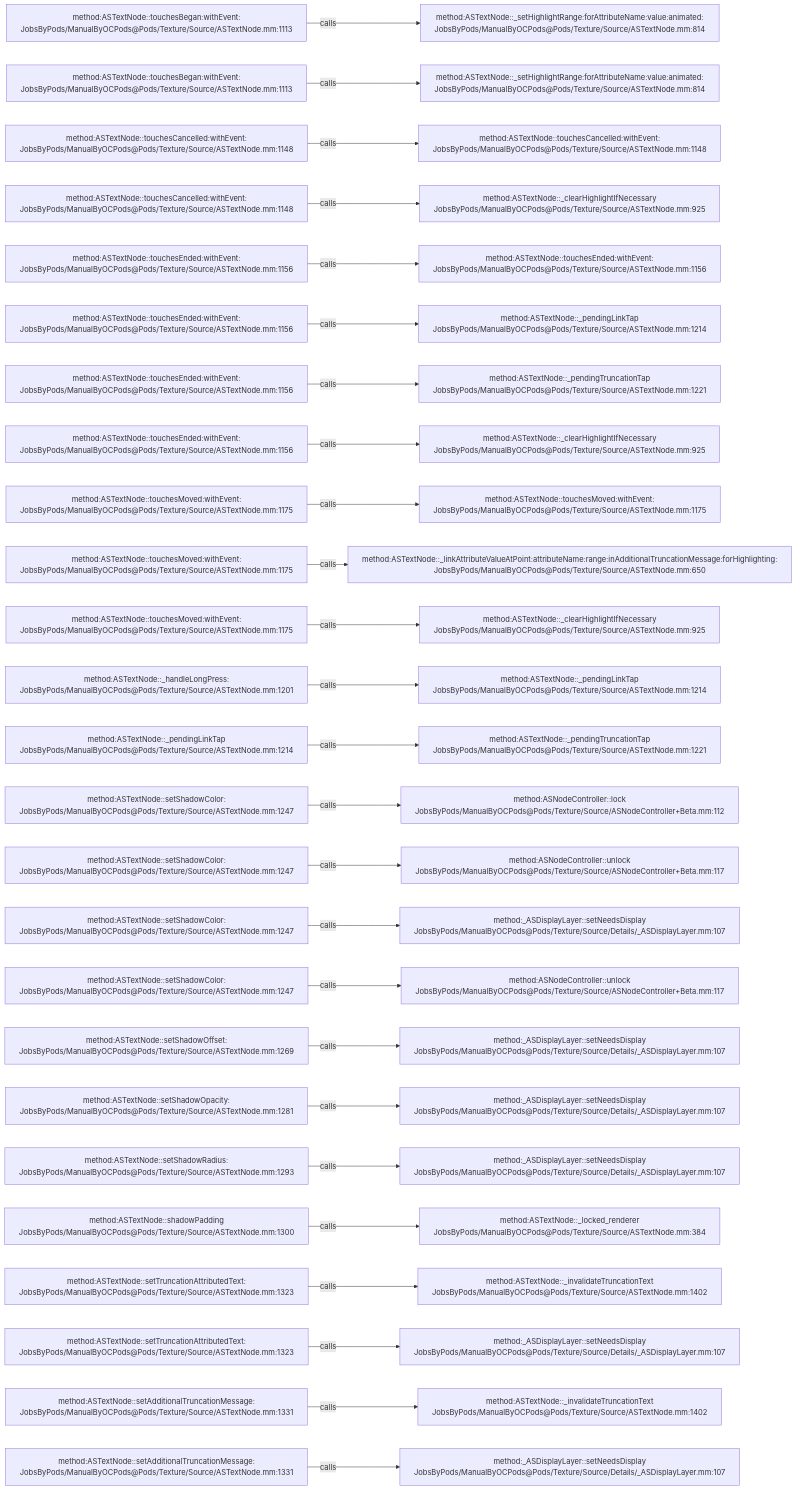
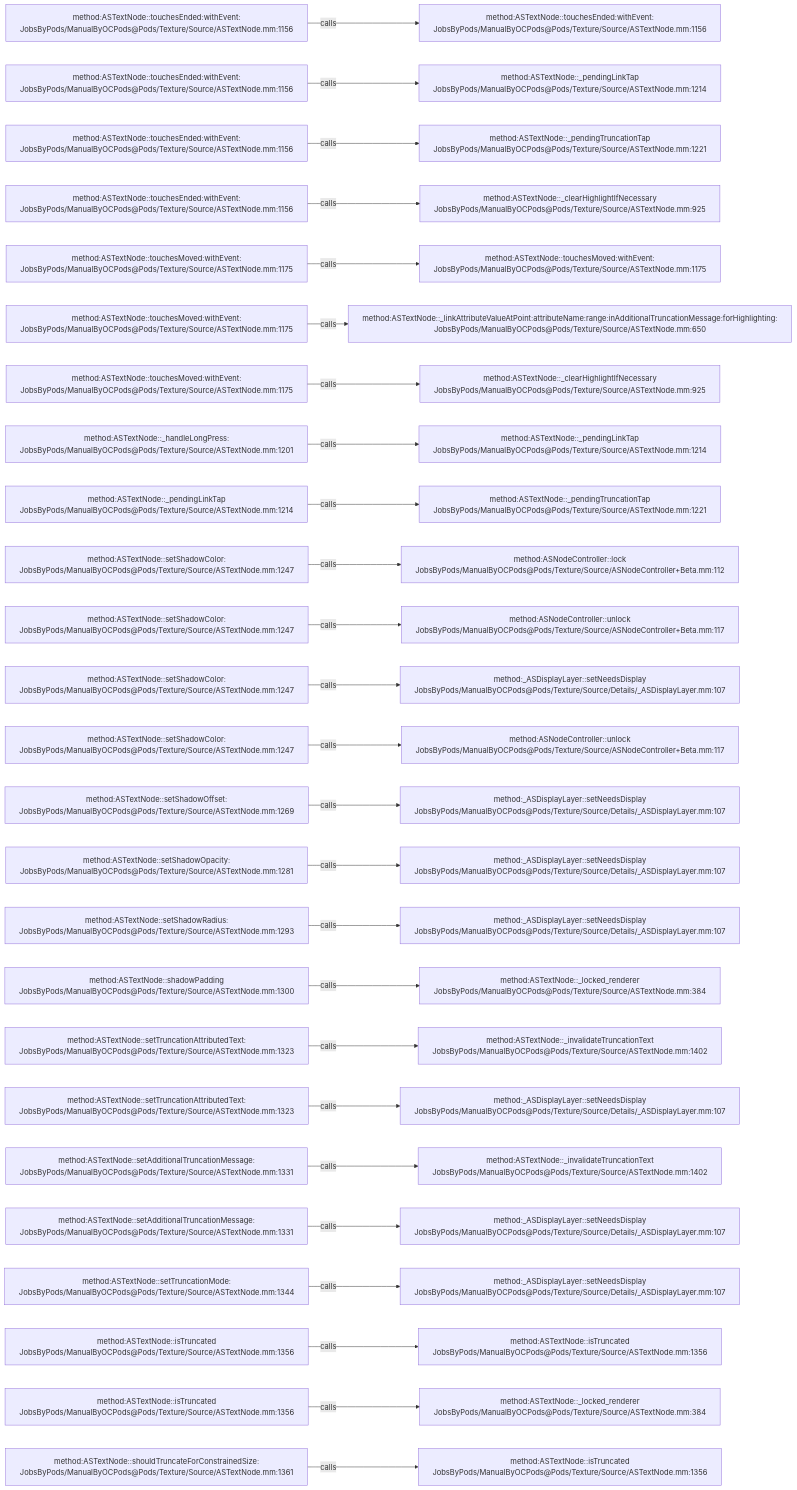
The diagram in .codegraph/codegraph.md/graphs/calls-135.md (JobsKits/JobsOCBaseConfigDemo), drawn with Mermaid before and after one commit. The commit also changed 727 other files, not shown here.

````diff
--- a/.codegraph/codegraph.md/graphs/calls-135.md
+++ b/.codegraph/codegraph.md/graphs/calls-135.md
@@ -13,78 +13,78 @@
 ```mermaid
 flowchart LR
-  S1["method:ASTextNode::touchesBegan:withEvent:<br/>JobsByPods/ManualByOCPods@Pods/Texture/Source/ASTextNode.mm:1113"]
-  T1["method:ASTextNode::_setHighlightRange:forAttributeName:value:animated:<br/>JobsByPods/ManualByOCPods@Pods/Texture/Source/ASTextNode.mm:814"]
+  S1["method:ASTextNode::touchesEnded:withEvent:<br/>JobsByPods/ManualByOCPods@Pods/Texture/Source/ASTextNode.mm:1156"]
+  T1["method:ASTextNode::touchesEnded:withEvent:<br/>JobsByPods/ManualByOCPods@Pods/Texture/Source/ASTextNode.mm:1156"]
   S1 -->|calls| T1
-  S2["method:ASTextNode::touchesBegan:withEvent:<br/>JobsByPods/ManualByOCPods@Pods/Texture/Source/ASTextNode.mm:1113"]
-  T2["method:ASTextNode::_setHighlightRange:forAttributeName:value:animated:<br/>JobsByPods/ManualByOCPods@Pods/Texture/Source/ASTextNode.mm:814"]
+  S2["method:ASTextNode::touchesEnded:withEvent:<br/>JobsByPods/ManualByOCPods@Pods/Texture/Source/ASTextNode.mm:1156"]
+  T2["method:ASTextNode::_pendingLinkTap<br/>JobsByPods/ManualByOCPods@Pods/Texture/Source/ASTextNode.mm:1214"]
   S2 -->|calls| T2
-  S3["method:ASTextNode::touchesCancelled:withEvent:<br/>JobsByPods/ManualByOCPods@Pods/Texture/Source/ASTextNode.mm:1148"]
-  T3["method:ASTextNode::touchesCancelled:withEvent:<br/>JobsByPods/ManualByOCPods@Pods/Texture/Source/ASTextNode.mm:1148"]
+  S3["method:ASTextNode::touchesEnded:withEvent:<br/>JobsByPods/ManualByOCPods@Pods/Texture/Source/ASTextNode.mm:1156"]
+  T3["method:ASTextNode::_pendingTruncationTap<br/>JobsByPods/ManualByOCPods@Pods/Texture/Source/ASTextNode.mm:1221"]
   S3 -->|calls| T3
-  S4["method:ASTextNode::touchesCancelled:withEvent:<br/>JobsByPods/ManualByOCPods@Pods/Texture/Source/ASTextNode.mm:1148"]
+  S4["method:ASTextNode::touchesEnded:withEvent:<br/>JobsByPods/ManualByOCPods@Pods/Texture/Source/ASTextNode.mm:1156"]
   T4["method:ASTextNode::_clearHighlightIfNecessary<br/>JobsByPods/ManualByOCPods@Pods/Texture/Source/ASTextNode.mm:925"]
   S4 -->|calls| T4
-  S5["method:ASTextNode::touchesEnded:withEvent:<br/>JobsByPods/ManualByOCPods@Pods/Texture/Source/ASTextNode.mm:1156"]
-  T5["method:ASTextNode::touchesEnded:withEvent:<br/>JobsByPods/ManualByOCPods@Pods/Texture/Source/ASTextNode.mm:1156"]
+  S5["method:ASTextNode::touchesMoved:withEvent:<br/>JobsByPods/ManualByOCPods@Pods/Texture/Source/ASTextNode.mm:1175"]
+  T5["method:ASTextNode::touchesMoved:withEvent:<br/>JobsByPods/ManualByOCPods@Pods/Texture/Source/ASTextNode.mm:1175"]
   S5 -->|calls| T5
-  S6["method:ASTextNode::touchesEnded:withEvent:<br/>JobsByPods/ManualByOCPods@Pods/Texture/Source/ASTextNode.mm:1156"]
-  T6["method:ASTextNode::_pendingLinkTap<br/>JobsByPods/ManualByOCPods@Pods/Texture/Source/ASTextNode.mm:1214"]
+  S6["method:ASTextNode::touchesMoved:withEvent:<br/>JobsByPods/ManualByOCPods@Pods/Texture/Source/ASTextNode.mm:1175"]
+  T6["method:ASTextNode::_linkAttributeValueAtPoint:attributeName:range:inAdditionalTruncationMessage:forHighlighting:<br/>JobsByPods/ManualByOCPods@Pods/Texture/Source/ASTextNode.mm:650"]
   S6 -->|calls| T6
-  S7["method:ASTextNode::touchesEnded:withEvent:<br/>JobsByPods/ManualByOCPods@Pods/Texture/Source/ASTextNode.mm:1156"]
-  T7["method:ASTextNode::_pendingTruncationTap<br/>JobsByPods/ManualByOCPods@Pods/Texture/Source/ASTextNode.mm:1221"]
+  S7["method:ASTextNode::touchesMoved:withEvent:<br/>JobsByPods/ManualByOCPods@Pods/Texture/Source/ASTextNode.mm:1175"]
+  T7["method:ASTextNode::_clearHighlightIfNecessary<br/>JobsByPods/ManualByOCPods@Pods/Texture/Source/ASTextNode.mm:925"]
   S7 -->|calls| T7
-  S8["method:ASTextNode::touchesEnded:withEvent:<br/>JobsByPods/ManualByOCPods@Pods/Texture/Source/ASTextNode.mm:1156"]
-  T8["method:ASTextNode::_clearHighlightIfNecessary<br/>JobsByPods/ManualByOCPods@Pods/Texture/Source/ASTextNode.mm:925"]
+  S8["method:ASTextNode::_handleLongPress:<br/>JobsByPods/ManualByOCPods@Pods/Texture/Source/ASTextNode.mm:1201"]
+  T8["method:ASTextNode::_pendingLinkTap<br/>JobsByPods/ManualByOCPods@Pods/Texture/Source/ASTextNode.mm:1214"]
   S8 -->|calls| T8
-  S9["method:ASTextNode::touchesMoved:withEvent:<br/>JobsByPods/ManualByOCPods@Pods/Texture/Source/ASTextNode.mm:1175"]
-  T9["method:ASTextNode::touchesMoved:withEvent:<br/>JobsByPods/ManualByOCPods@Pods/Texture/Source/ASTextNode.mm:1175"]
+  S9["method:ASTextNode::_pendingLinkTap<br/>JobsByPods/ManualByOCPods@Pods/Texture/Source/ASTextNode.mm:1214"]
+  T9["method:ASTextNode::_pendingTruncationTap<br/>JobsByPods/ManualByOCPods@Pods/Texture/Source/ASTextNode.mm:1221"]
   S9 -->|calls| T9
-  S10["method:ASTextNode::touchesMoved:withEvent:<br/>JobsByPods/ManualByOCPods@Pods/Texture/Source/ASTextNode.mm:1175"]
-  T10["method:ASTextNode::_linkAttributeValueAtPoint:attributeName:range:inAdditionalTruncationMessage:forHighlighting:<br/>JobsByPods/ManualByOCPods@Pods/Texture/Source/ASTextNode.mm:650"]
+  S10["method:ASTextNode::setShadowColor:<br/>JobsByPods/ManualByOCPods@Pods/Texture/Source/ASTextNode.mm:1247"]
+  T10["method:ASNodeController::lock<br/>JobsByPods/ManualByOCPods@Pods/Texture/Source/ASNodeController+Beta.mm:112"]
   S10 -->|calls| T10
-  S11["method:ASTextNode::touchesMoved:withEvent:<br/>JobsByPods/ManualByOCPods@Pods/Texture/Source/ASTextNode.mm:1175"]
-  T11["method:ASTextNode::_clearHighlightIfNecessary<br/>JobsByPods/ManualByOCPods@Pods/Texture/Source/ASTextNode.mm:925"]
+  S11["method:ASTextNode::setShadowColor:<br/>JobsByPods/ManualByOCPods@Pods/Texture/Source/ASTextNode.mm:1247"]
+  T11["method:ASNodeController::unlock<br/>JobsByPods/ManualByOCPods@Pods/Texture/Source/ASNodeController+Beta.mm:117"]
   S11 -->|calls| T11
-  S12["method:ASTextNode::_handleLongPress:<br/>JobsByPods/ManualByOCPods@Pods/Texture/Source/ASTextNode.mm:1201"]
-  T12["method:ASTextNode::_pendingLinkTap<br/>JobsByPods/ManualByOCPods@Pods/Texture/Source/ASTextNode.mm:1214"]
+  S12["method:ASTextNode::setShadowColor:<br/>JobsByPods/ManualByOCPods@Pods/Texture/Source/ASTextNode.mm:1247"]
+  T12["method:_ASDisplayLayer::setNeedsDisplay<br/>JobsByPods/ManualByOCPods@Pods/Texture/Source/Details/_ASDisplayLayer.mm:107"]
   S12 -->|calls| T12
-  S13["method:ASTextNode::_pendingLinkTap<br/>JobsByPods/ManualByOCPods@Pods/Texture/Source/ASTextNode.mm:1214"]
-  T13["method:ASTextNode::_pendingTruncationTap<br/>JobsByPods/ManualByOCPods@Pods/Texture/Source/ASTextNode.mm:1221"]
+  S13["method:ASTextNode::setShadowColor:<br/>JobsByPods/ManualByOCPods@Pods/Texture/Source/ASTextNode.mm:1247"]
+  T13["method:ASNodeController::unlock<br/>JobsByPods/ManualByOCPods@Pods/Texture/Source/ASNodeController+Beta.mm:117"]
   S13 -->|calls| T13
-  S14["method:ASTextNode::setShadowColor:<br/>JobsByPods/ManualByOCPods@Pods/Texture/Source/ASTextNode.mm:1247"]
-  T14["method:ASNodeController::lock<br/>JobsByPods/ManualByOCPods@Pods/Texture/Source/ASNodeController+Beta.mm:112"]
+  S14["method:ASTextNode::setShadowOffset:<br/>JobsByPods/ManualByOCPods@Pods/Texture/Source/ASTextNode.mm:1269"]
+  T14["method:_ASDisplayLayer::setNeedsDisplay<br/>JobsByPods/ManualByOCPods@Pods/Texture/Source/Details/_ASDisplayLayer.mm:107"]
   S14 -->|calls| T14
-  S15["method:ASTextNode::setShadowColor:<br/>JobsByPods/ManualByOCPods@Pods/Texture/Source/ASTextNode.mm:1247"]
-  T15["method:ASNodeController::unlock<br/>JobsByPods/ManualByOCPods@Pods/Texture/Source/ASNodeController+Beta.mm:117"]
+  S15["method:ASTextNode::setShadowOpacity:<br/>JobsByPods/ManualByOCPods@Pods/Texture/Source/ASTextNode.mm:1281"]
+  T15["method:_ASDisplayLayer::setNeedsDisplay<br/>JobsByPods/ManualByOCPods@Pods/Texture/Source/Details/_ASDisplayLayer.mm:107"]
   S15 -->|calls| T15
-  S16["method:ASTextNode::setShadowColor:<br/>JobsByPods/ManualByOCPods@Pods/Texture/Source/ASTextNode.mm:1247"]
+  S16["method:ASTextNode::setShadowRadius:<br/>JobsByPods/ManualByOCPods@Pods/Texture/Source/ASTextNode.mm:1293"]
   T16["method:_ASDisplayLayer::setNeedsDisplay<br/>JobsByPods/ManualByOCPods@Pods/Texture/Source/Details/_ASDisplayLayer.mm:107"]
   S16 -->|calls| T16
-  S17["method:ASTextNode::setShadowColor:<br/>JobsByPods/ManualByOCPods@Pods/Texture/Source/ASTextNode.mm:1247"]
-  T17["method:ASNodeController::unlock<br/>JobsByPods/ManualByOCPods@Pods/Texture/Source/ASNodeController+Beta.mm:117"]
+  S17["method:ASTextNode::shadowPadding<br/>JobsByPods/ManualByOCPods@Pods/Texture/Source/ASTextNode.mm:1300"]
+  T17["method:ASTextNode::_locked_renderer<br/>JobsByPods/ManualByOCPods@Pods/Texture/Source/ASTextNode.mm:384"]
   S17 -->|calls| T17
-  S18["method:ASTextNode::setShadowOffset:<br/>JobsByPods/ManualByOCPods@Pods/Texture/Source/ASTextNode.mm:1269"]
-  T18["method:_ASDisplayLayer::setNeedsDisplay<br/>JobsByPods/ManualByOCPods@Pods/Texture/Source/Details/_ASDisplayLayer.mm:107"]
+  S18["method:ASTextNode::setTruncationAttributedText:<br/>JobsByPods/ManualByOCPods@Pods/Texture/Source/ASTextNode.mm:1323"]
+  T18["method:ASTextNode::_invalidateTruncationText<br/>JobsByPods/ManualByOCPods@Pods/Texture/Source/ASTextNode.mm:1402"]
   S18 -->|calls| T18
-  S19["method:ASTextNode::setShadowOpacity:<br/>JobsByPods/ManualByOCPods@Pods/Texture/Source/ASTextNode.mm:1281"]
+  S19["method:ASTextNode::setTruncationAttributedText:<br/>JobsByPods/ManualByOCPods@Pods/Texture/Source/ASTextNode.mm:1323"]
   T19["method:_ASDisplayLayer::setNeedsDisplay<br/>JobsByPods/ManualByOCPods@Pods/Texture/Source/Details/_ASDisplayLayer.mm:107"]
   S19 -->|calls| T19
-  S20["method:ASTextNode::setShadowRadius:<br/>JobsByPods/ManualByOCPods@Pods/Texture/Source/ASTextNode.mm:1293"]
-  T20["method:_ASDisplayLayer::setNeedsDisplay<br/>JobsByPods/ManualByOCPods@Pods/Texture/Source/Details/_ASDisplayLayer.mm:107"]
+  S20["method:ASTextNode::setAdditionalTruncationMessage:<br/>JobsByPods/ManualByOCPods@Pods/Texture/Source/ASTextNode.mm:1331"]
+  T20["method:ASTextNode::_invalidateTruncationText<br/>JobsByPods/ManualByOCPods@Pods/Texture/Source/ASTextNode.mm:1402"]
   S20 -->|calls| T20
-  S21["method:ASTextNode::shadowPadding<br/>JobsByPods/ManualByOCPods@Pods/Texture/Source/ASTextNode.mm:1300"]
-  T21["method:ASTextNode::_locked_renderer<br/>JobsByPods/ManualByOCPods@Pods/Texture/Source/ASTextNode.mm:384"]
+  S21["method:ASTextNode::setAdditionalTruncationMessage:<br/>JobsByPods/ManualByOCPods@Pods/Texture/Source/ASTextNode.mm:1331"]
+  T21["method:_ASDisplayLayer::setNeedsDisplay<br/>JobsByPods/ManualByOCPods@Pods/Texture/Source/Details/_ASDisplayLayer.mm:107"]
   S21 -->|calls| T21
-  S22["method:ASTextNode::setTruncationAttributedText:<br/>JobsByPods/ManualByOCPods@Pods/Texture/Source/ASTextNode.mm:1323"]
-  T22["method:ASTextNode::_invalidateTruncationText<br/>JobsByPods/ManualByOCPods@Pods/Texture/Source/ASTextNode.mm:1402"]
+  S22["method:ASTextNode::setTruncationMode:<br/>JobsByPods/ManualByOCPods@Pods/Texture/Source/ASTextNode.mm:1344"]
+  T22["method:_ASDisplayLayer::setNeedsDisplay<br/>JobsByPods/ManualByOCPods@Pods/Texture/Source/Details/_ASDisplayLayer.mm:107"]
   S22 -->|calls| T22
-  S23["method:ASTextNode::setTruncationAttributedText:<br/>JobsByPods/ManualByOCPods@Pods/Texture/Source/ASTextNode.mm:1323"]
-  T23["method:_ASDisplayLayer::setNeedsDisplay<br/>JobsByPods/ManualByOCPods@Pods/Texture/Source/Details/_ASDisplayLayer.mm:107"]
+  S23["method:ASTextNode::isTruncated<br/>JobsByPods/ManualByOCPods@Pods/Texture/Source/ASTextNode.mm:1356"]
+  T23["method:ASTextNode::isTruncated<br/>JobsByPods/ManualByOCPods@Pods/Texture/Source/ASTextNode.mm:1356"]
   S23 -->|calls| T23
-  S24["method:ASTextNode::setAdditionalTruncationMessage:<br/>JobsByPods/ManualByOCPods@Pods/Texture/Source/ASTextNode.mm:1331"]
-  T24["method:ASTextNode::_invalidateTruncationText<br/>JobsByPods/ManualByOCPods@Pods/Texture/Source/ASTextNode.mm:1402"]
+  S24["method:ASTextNode::isTruncated<br/>JobsByPods/ManualByOCPods@Pods/Texture/Source/ASTextNode.mm:1356"]
+  T24["method:ASTextNode::_locked_renderer<br/>JobsByPods/ManualByOCPods@Pods/Texture/Source/ASTextNode.mm:384"]
   S24 -->|calls| T24
-  S25["method:ASTextNode::setAdditionalTruncationMessage:<br/>JobsByPods/ManualByOCPods@Pods/Texture/Source/ASTextNode.mm:1331"]
-  T25["method:_ASDisplayLayer::setNeedsDisplay<br/>JobsByPods/ManualByOCPods@Pods/Texture/Source/Details/_ASDisplayLayer.mm:107"]
+  S25["method:ASTextNode::shouldTruncateForConstrainedSize:<br/>JobsByPods/ManualByOCPods@Pods/Texture/Source/ASTextNode.mm:1361"]
+  T25["method:ASTextNode::isTruncated<br/>JobsByPods/ManualByOCPods@Pods/Texture/Source/ASTextNode.mm:1356"]
   S25 -->|calls| T25
 ```
````
